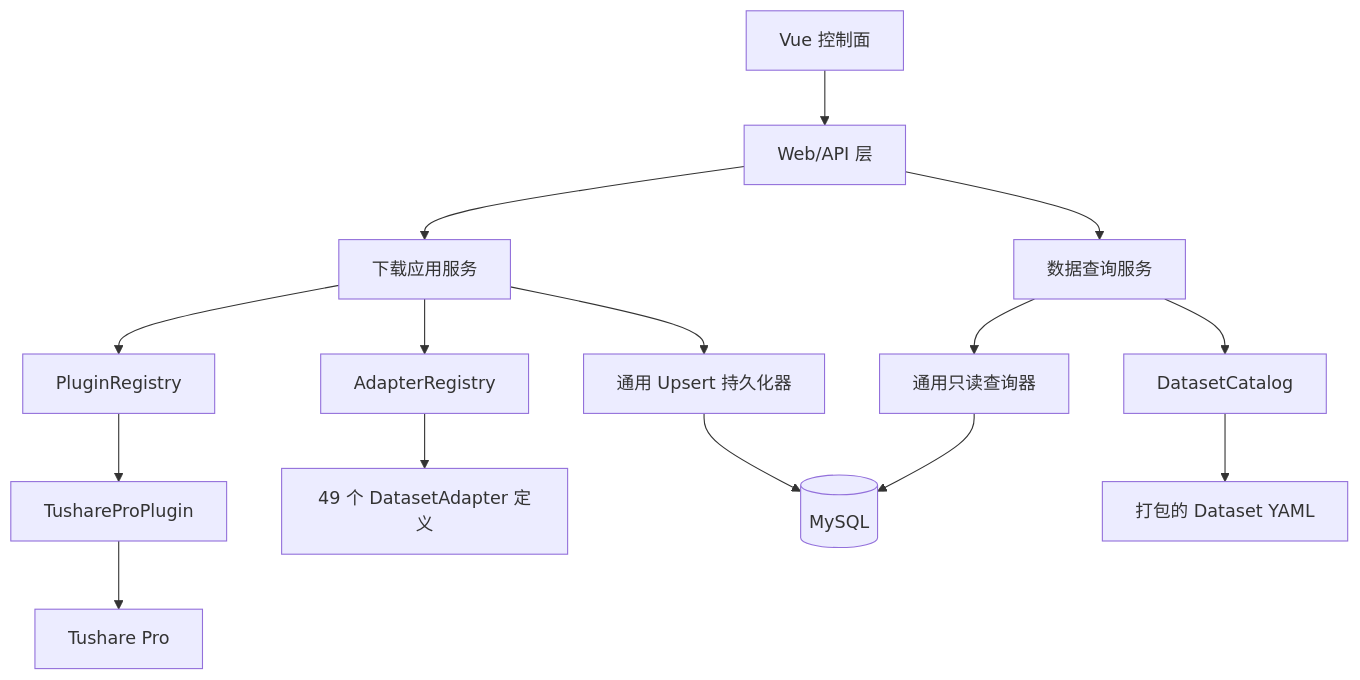
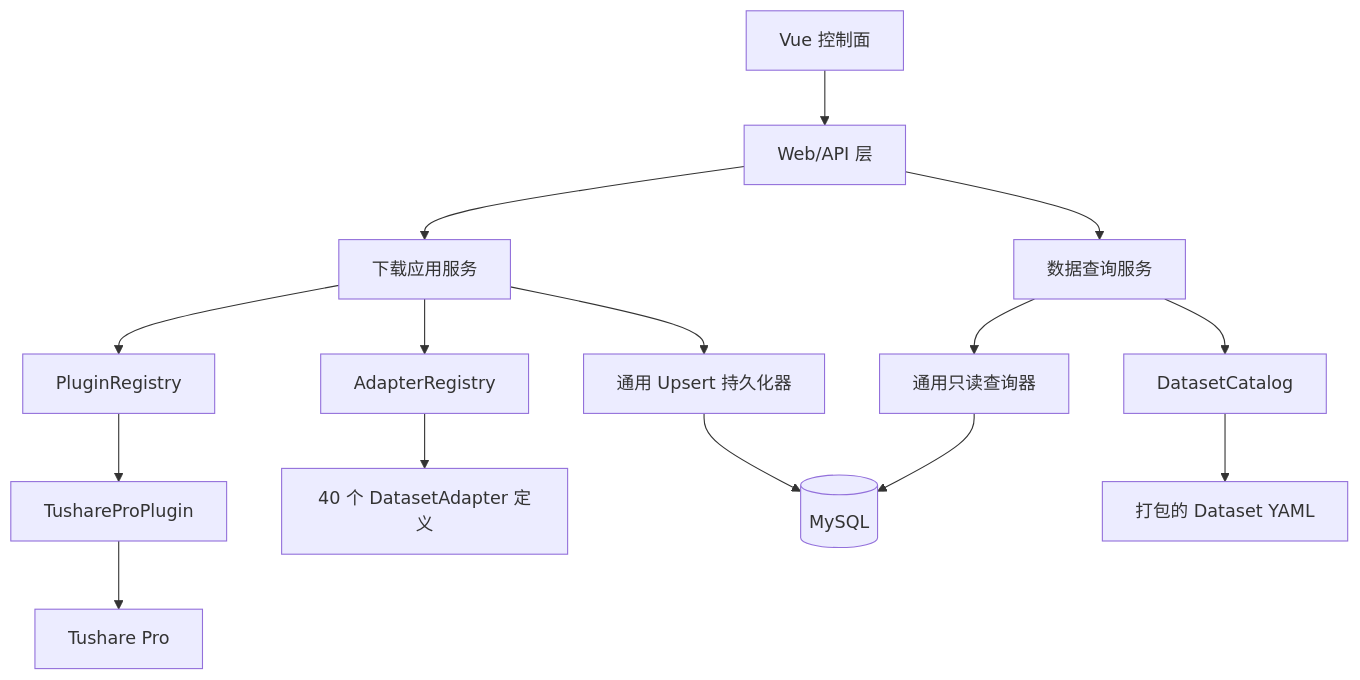
One commit to akkc-deep/Tensor changed the second of 5 diagrams in docs/design/Tensor_多源证券数据平台_TRD_v1.0.md. Above: the diagram before and after it, drawn with Mermaid. The commit also changed other lines of this file and 56 other files, not shown here.

````diff
--- a/docs/design/Tensor_多源证券数据平台_TRD_v1.0.md
+++ b/docs/design/Tensor_多源证券数据平台_TRD_v1.0.md
@@ -95,17 +97,17 @@
 ```mermaid
 flowchart TB
     UI[Vue 控制面] --> WEB[Web/API 层]
     WEB --> DL[下载应用服务]
     WEB --> QRY[数据查询服务]
     DL --> PR[PluginRegistry]
     DL --> AR[AdapterRegistry]
     PR --> TP[TushareProPlugin]
     TP --> TS[Tushare Pro]
-    AR --> AD[49 个 DatasetAdapter 定义]
+    AR --> AD[40 个 DatasetAdapter 定义]
     DL --> PERSIST[通用 Upsert 持久化器]
     QRY --> META[DatasetCatalog]
     QRY --> READ[通用只读查询器]
     PERSIST --> DB[(MySQL)]
     READ --> DB
     META --> CFG[打包的 Dataset YAML]
 ```
````
